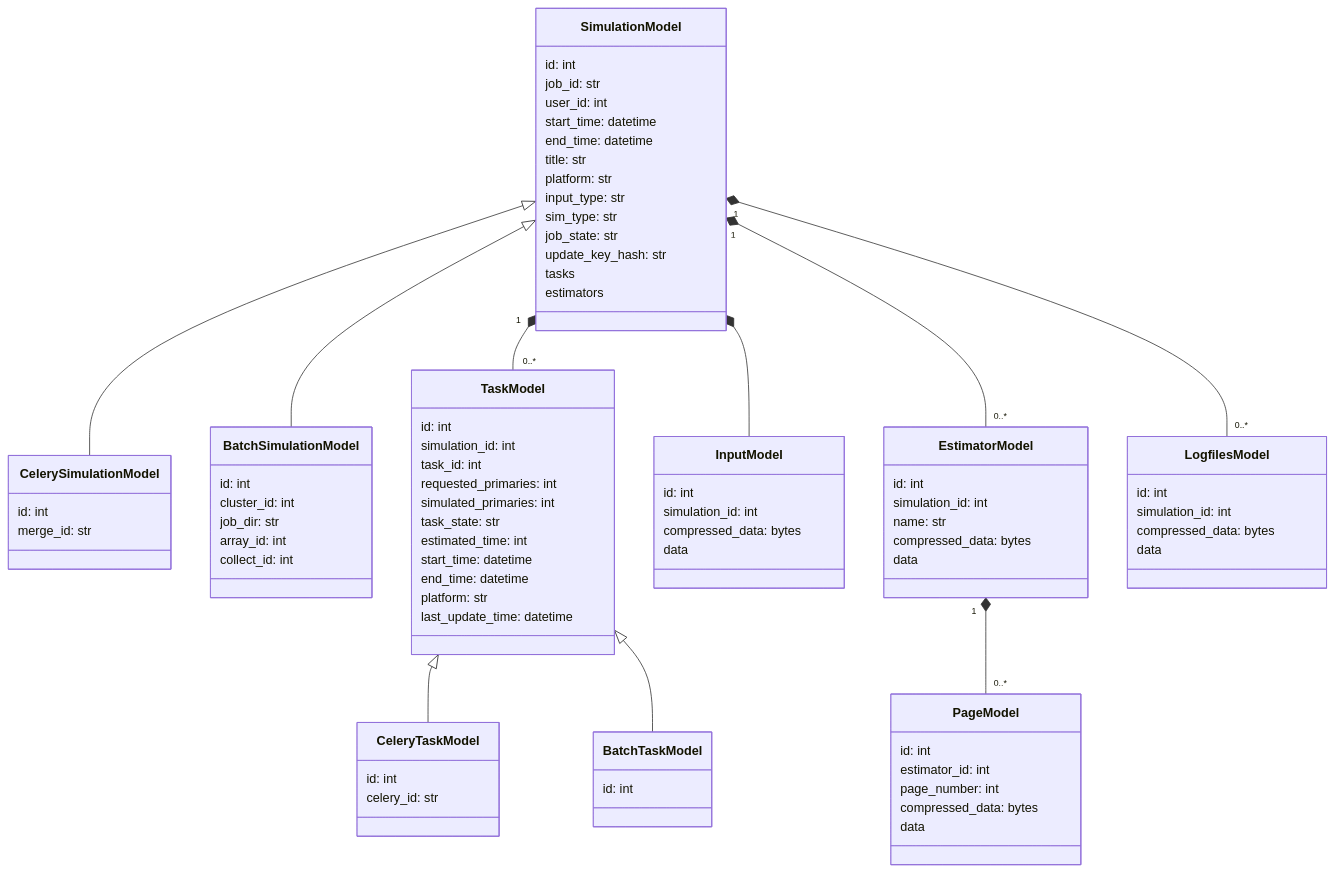
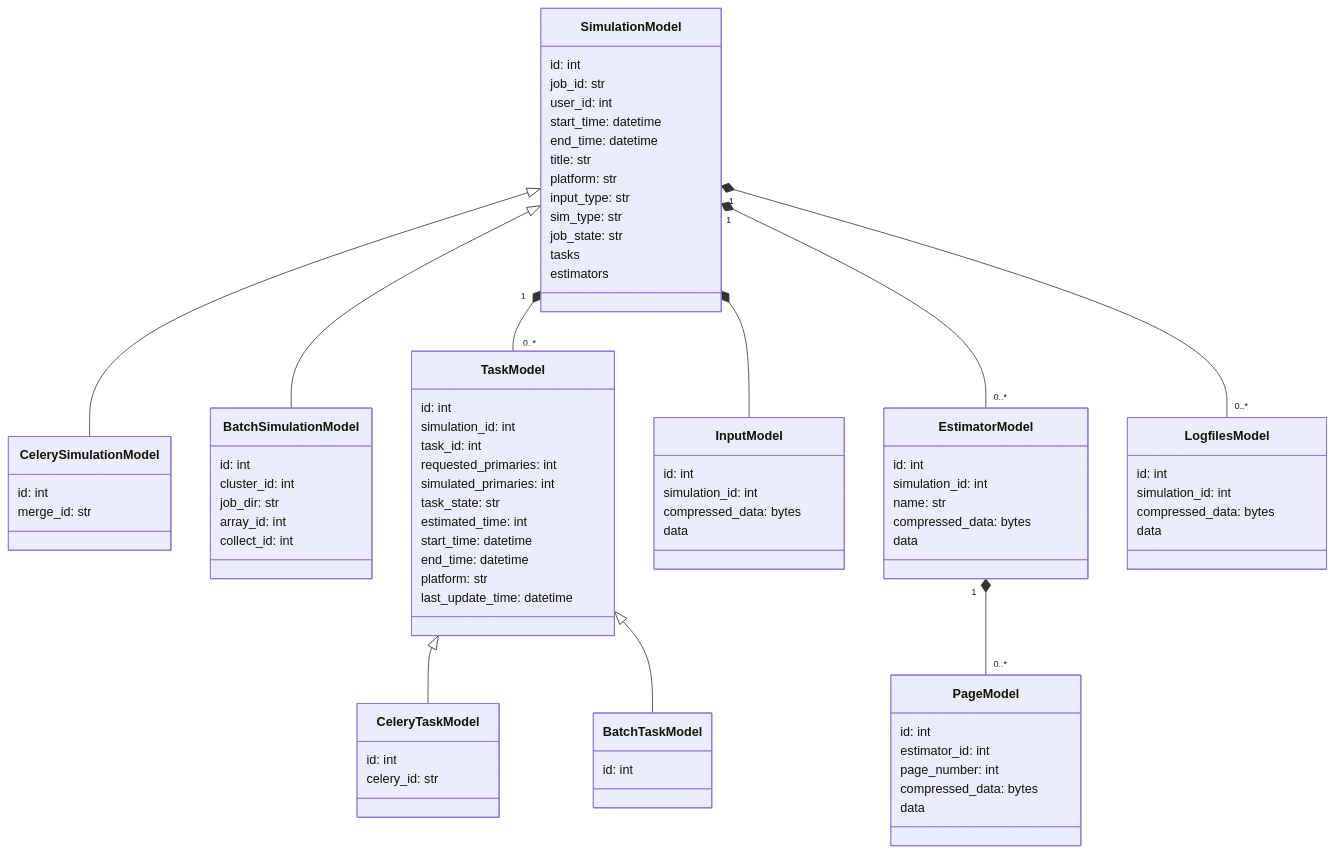
The first of 2 diagrams in docs/persistency.md (yaptide/yaptide), drawn with Mermaid before and after one commit. The commit also changed 1 other file, not shown here.

```diff
--- a/docs/persistency.md
+++ b/docs/persistency.md
@@ -18,7 +18,6 @@
     input_type: str
     sim_type: str
     job_state: str
-    update_key_hash: str
     tasks
     estimators
   }
```
